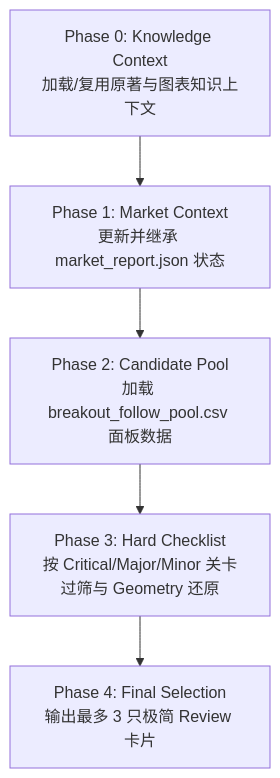
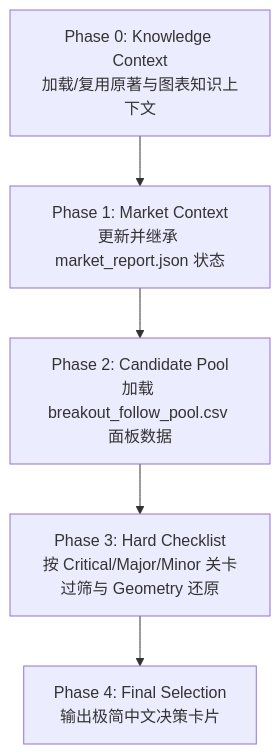
The diagram in .agents/skills/ibd-candidate-prescreen/SKILL.md (githhhh/Yfinance_data), drawn with Mermaid before and after one commit. The commit also changed other lines of this file and 1 other file, not shown here.

Commit message:
Simplify IBD prescreen output flow

````diff
--- a/.agents/skills/ibd-candidate-prescreen/SKILL.md
+++ b/.agents/skills/ibd-candidate-prescreen/SKILL.md
@@ -107,7 +110,7 @@
 ```mermaid
 graph TD
     Phase0[Phase 0: Knowledge Context<br/>加载/复用原著与图表知识上下文] --> Phase1[Phase 1: Market Context<br/>更新并继承 market_report.json 状态]
     Phase1 --> Phase2[Phase 2: Candidate Pool<br/>加载 breakout_follow_pool.csv 面板数据]
     Phase2 --> Phase3[Phase 3: Hard Checklist<br/>按 Critical/Major/Minor 关卡过筛与 Geometry 还原]
-    Phase3 --> Phase4[Phase 4: Final Selection<br/>输出最多 3 只极简 Review 卡片]
+    Phase3 --> Phase4[Phase 4: Final Selection<br/>输出极简中文决策卡片]
 ```
````
